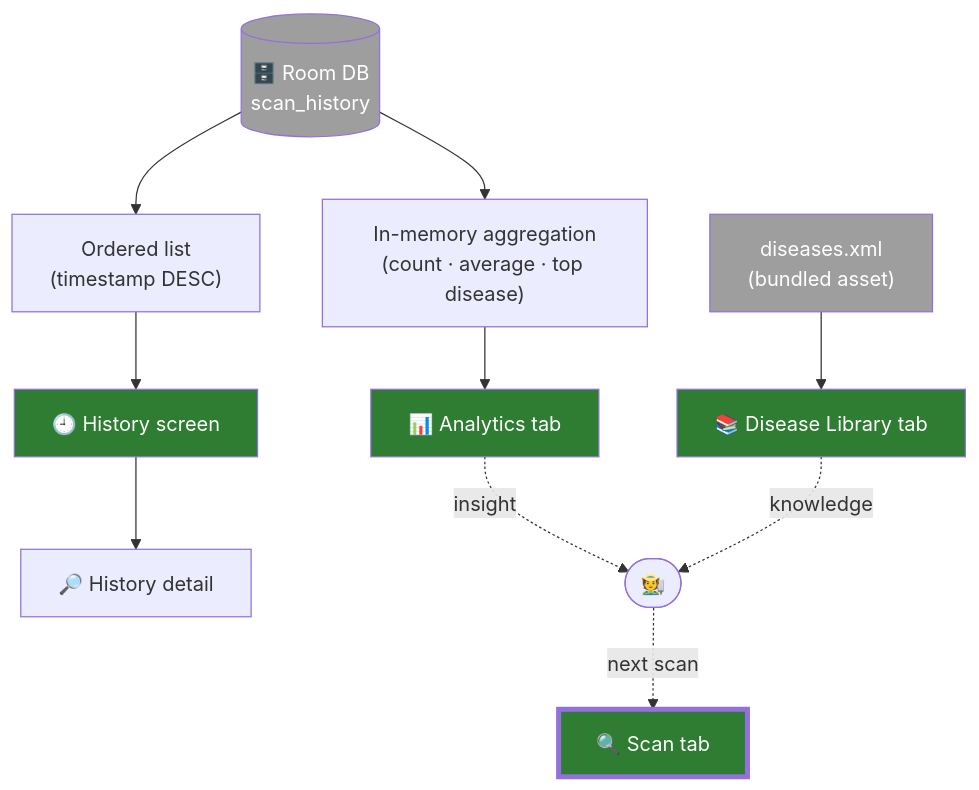
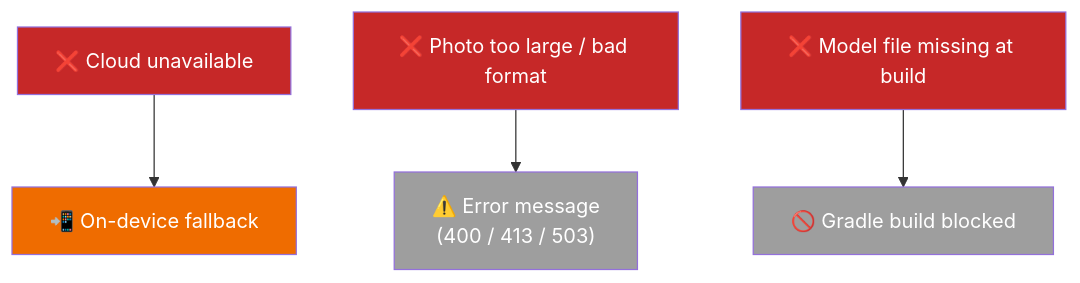
Diagram 11 of 12 in Cropora System Design Presentation.md (Raj-Indra-Asura/Cropora), drawn with Mermaid before and after one commit. The commit also changed other lines of this file, not shown here.

````diff
--- a/Cropora System Design Presentation.md
+++ b/Cropora System Design Presentation.md
@@ -608,19 +313,13 @@
 ```mermaid
-flowchart TB
-    DB[("🗄️ Room DB<br/>scan_history")] --> AGG["In-memory aggregation<br/>(count · average · top disease)"]
-    DB --> LIST["Ordered list<br/>(timestamp DESC)"]
-    AGG --> ANA["📊 Analytics tab"]
-    LIST --> HIS["🕘 History screen"]
-    HIS --> DET["🔎 History detail"]
-    XML["diseases.xml<br/>(bundled asset)"] --> LIB["📚 Disease Library tab"]
-    ANA -.->|"insight"| USER(["🧑‍🌾"])
-    LIB -.->|"knowledge"| USER
-    USER -.->|"next scan"| SCAN["🔍 Scan tab"]
+flowchart TD
+    F1["❌ Cloud unavailable"] --> FB["📲 On-device fallback"]
+    F2["❌ Photo too large / bad format"] --> ER["⚠️ Error message\n(400 / 413 / 503)"]
+    F3["❌ Model file missing at build"] --> BLK["🚫 Gradle build blocked"]
 
-    style DB fill:#9e9e9e,color:#fff
-    style XML fill:#9e9e9e,color:#fff
-    style ANA fill:#2e7d32,color:#fff
-    style HIS fill:#2e7d32,color:#fff
-    style LIB fill:#2e7d32,color:#fff
-    style SCAN fill:#2e7d32,color:#fff,stroke-width:4px
+    style F1 fill:#c62828,color:#fff
+    style F2 fill:#c62828,color:#fff
+    style F3 fill:#c62828,color:#fff
+    style FB fill:#ef6c00,color:#fff
+    style ER fill:#9e9e9e,color:#fff
+    style BLK fill:#9e9e9e,color:#fff
 ```
````
